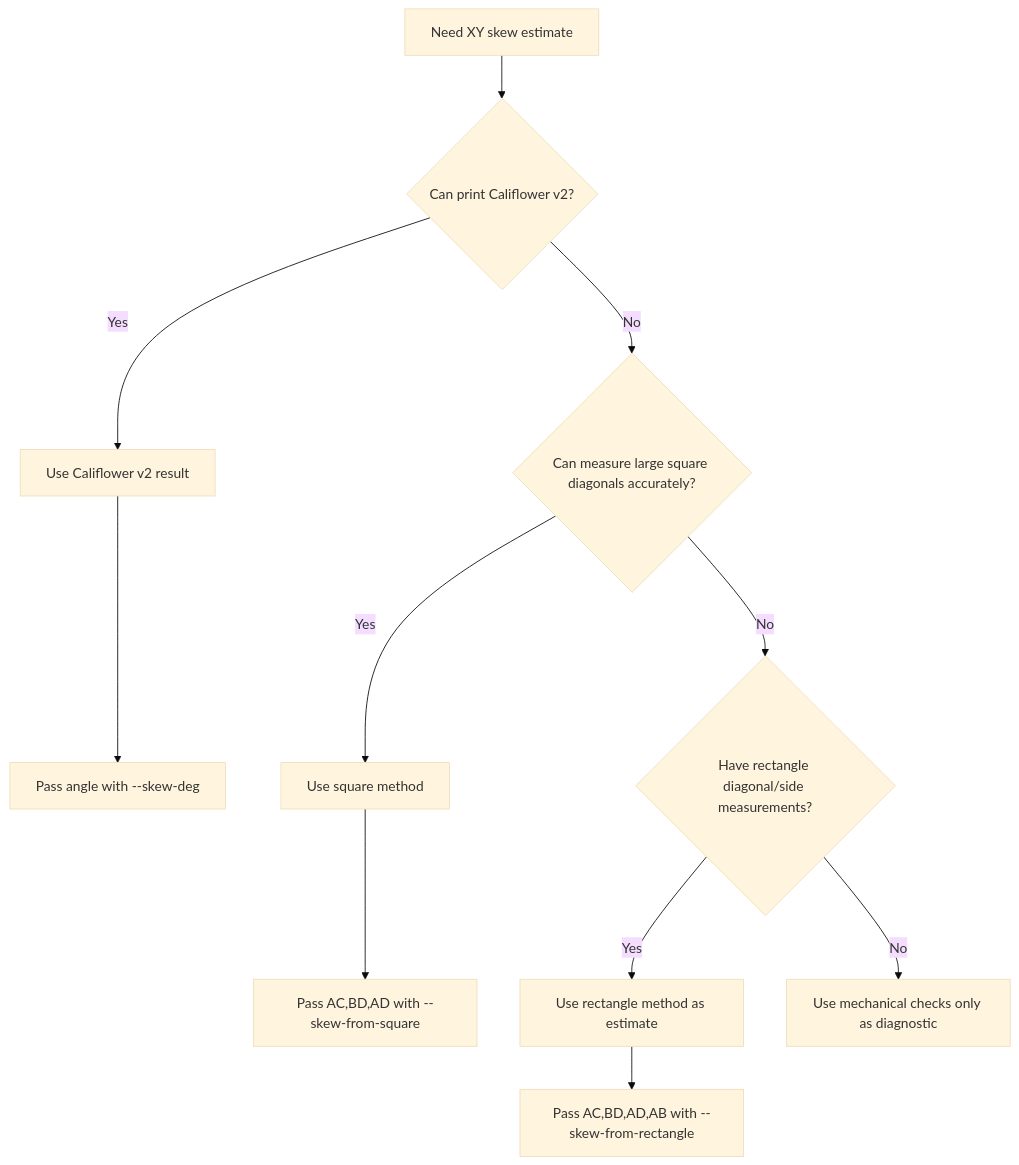
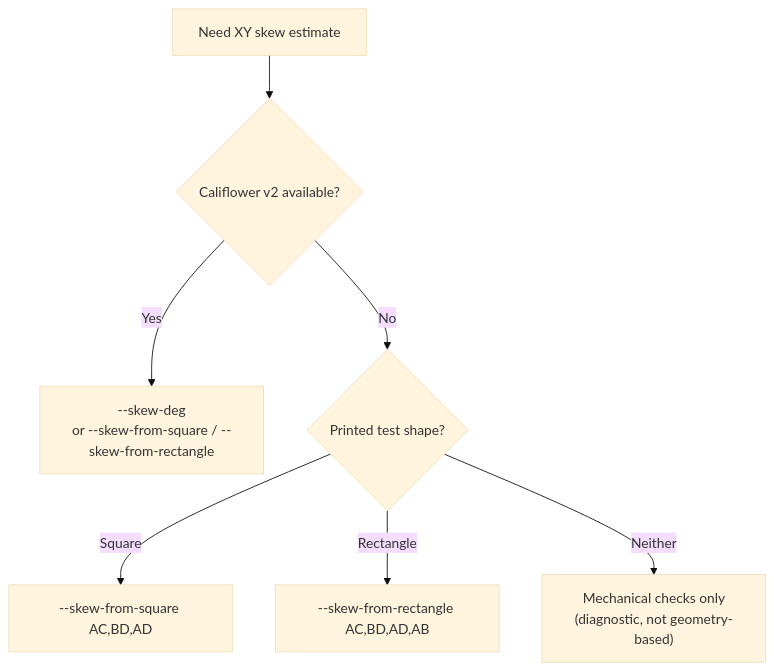
Before and after one commit to hyiger/prusaslicer-skew-fix: the fifth of 5 diagrams in DIAGRAMS.md, drawn with Mermaid (base theme). The commit also changed other lines of this file, not shown here.

First line of the commit message:
docs: tighten DIAGRAMS.md from 9 diagrams to 5

````diff
--- a/DIAGRAMS.md
+++ b/DIAGRAMS.md
@@ -121,13 +75,9 @@
 ```mermaid
 flowchart TD
-  A["Need XY skew estimate"] --> B{"Can print Califlower v2?"}
-  B -- "Yes" --> C["Use Califlower v2 result"]
-  C --> D["Pass angle with --skew-deg"]
-  B -- "No" --> E{"Can measure large square diagonals accurately?"}
-  E -- "Yes" --> F["Use square method"]
-  F --> G["Pass AC,BD,AD with --skew-from-square"]
-  E -- "No" --> H{"Have rectangle diagonal/side measurements?"}
-  H -- "Yes" --> I["Use rectangle method as estimate"]
-  I --> J["Pass AC,BD,AD,AB with --skew-from-rectangle"]
-  H -- "No" --> K["Use mechanical checks only as diagnostic"]
+  A["Need XY skew estimate"] --> B{"Califlower v2 available?"}
+  B -- "Yes" --> C["--skew-deg\nor --skew-from-square / --skew-from-rectangle"]
+  B -- "No" --> D{"Printed test shape?"}
+  D -- "Square" --> E["--skew-from-square AC,BD,AD"]
+  D -- "Rectangle" --> F["--skew-from-rectangle AC,BD,AD,AB"]
+  D -- "Neither" --> G["Mechanical checks only\n(diagnostic, not geometry-based)"]
 ```
````
